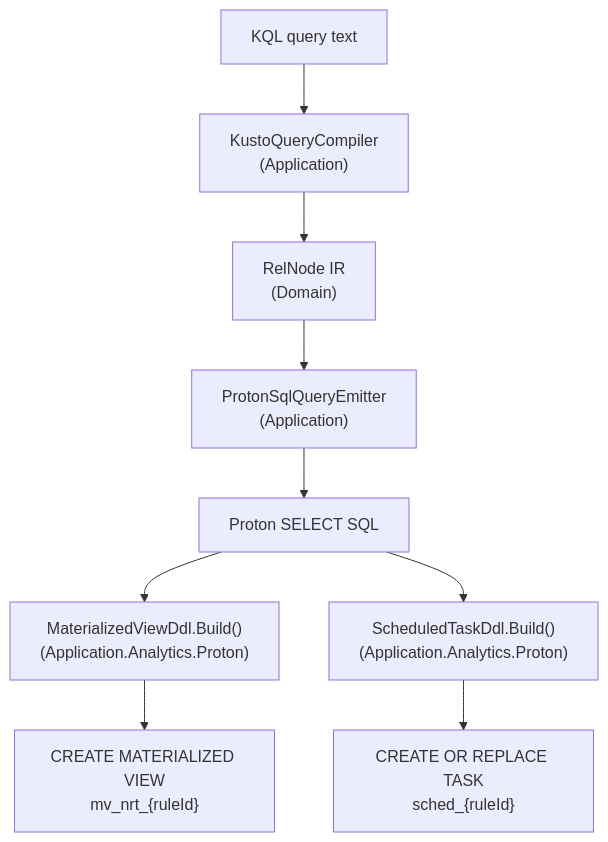
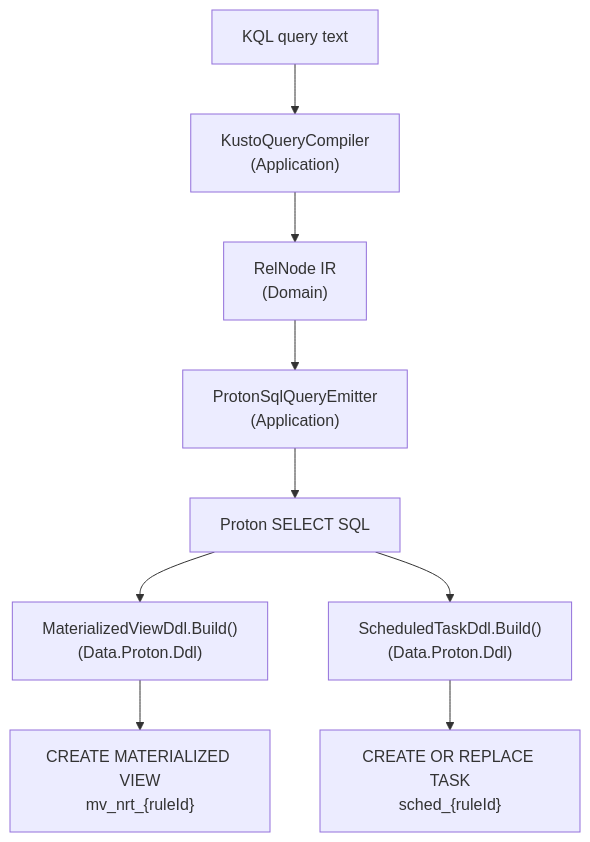
The fourth of 6 diagrams in docs/ARCHITECTURE.md (DeltaZulu-OU/DeltaZulu.Platform), drawn with Mermaid before and after one commit. The commit also changed other lines of this file and 4 other files, not shown here.

````diff
--- a/docs/ARCHITECTURE.md
+++ b/docs/ARCHITECTURE.md
@@ -503,11 +494,11 @@
 ```mermaid
 flowchart TD
     KQL["KQL query text"] --> KC["KustoQueryCompiler<br/>(Application)"]
     KC --> RN["RelNode IR<br/>(Domain)"]
     RN --> PE["ProtonSqlQueryEmitter<br/>(Application)"]
     PE --> SQL["Proton SELECT SQL"]
-    SQL --> MV["MaterializedViewDdl.Build()<br/>(Application.Analytics.Proton)"]
-    SQL --> ST["ScheduledTaskDdl.Build()<br/>(Application.Analytics.Proton)"]
+    SQL --> MV["MaterializedViewDdl.Build()<br/>(Data.Proton.Ddl)"]
+    SQL --> ST["ScheduledTaskDdl.Build()<br/>(Data.Proton.Ddl)"]
     MV --> NRT_DDL["CREATE MATERIALIZED VIEW<br/>mv_nrt_{ruleId}"]
     ST --> SCHED_DDL["CREATE OR REPLACE TASK<br/>sched_{ruleId}"]
 ```
````
